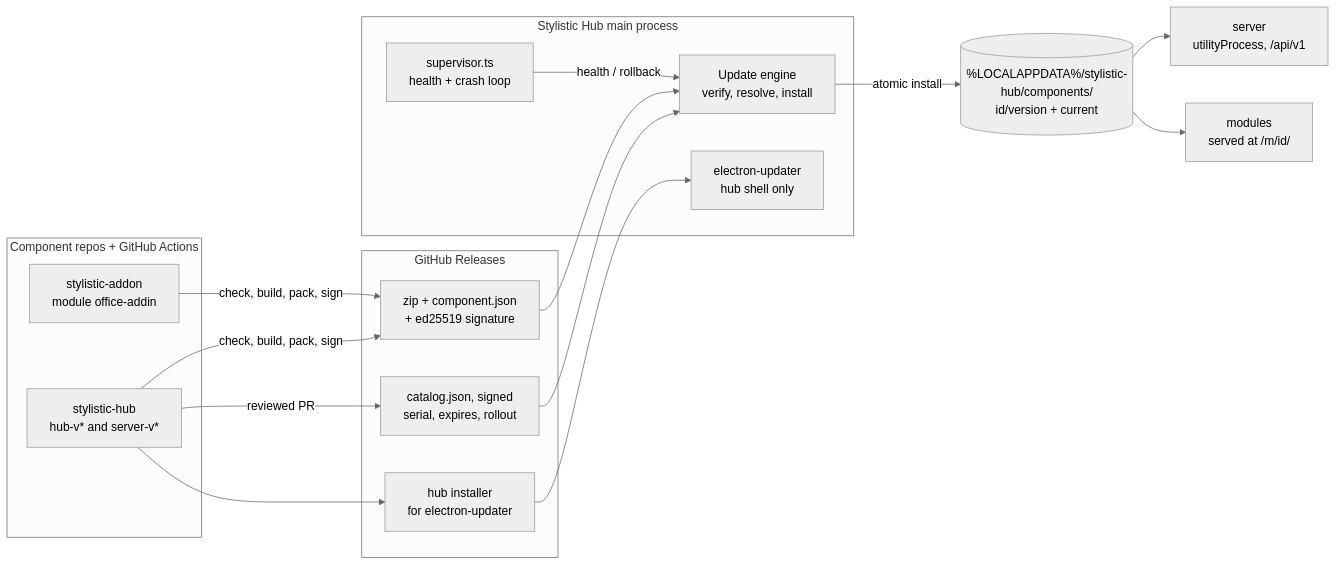
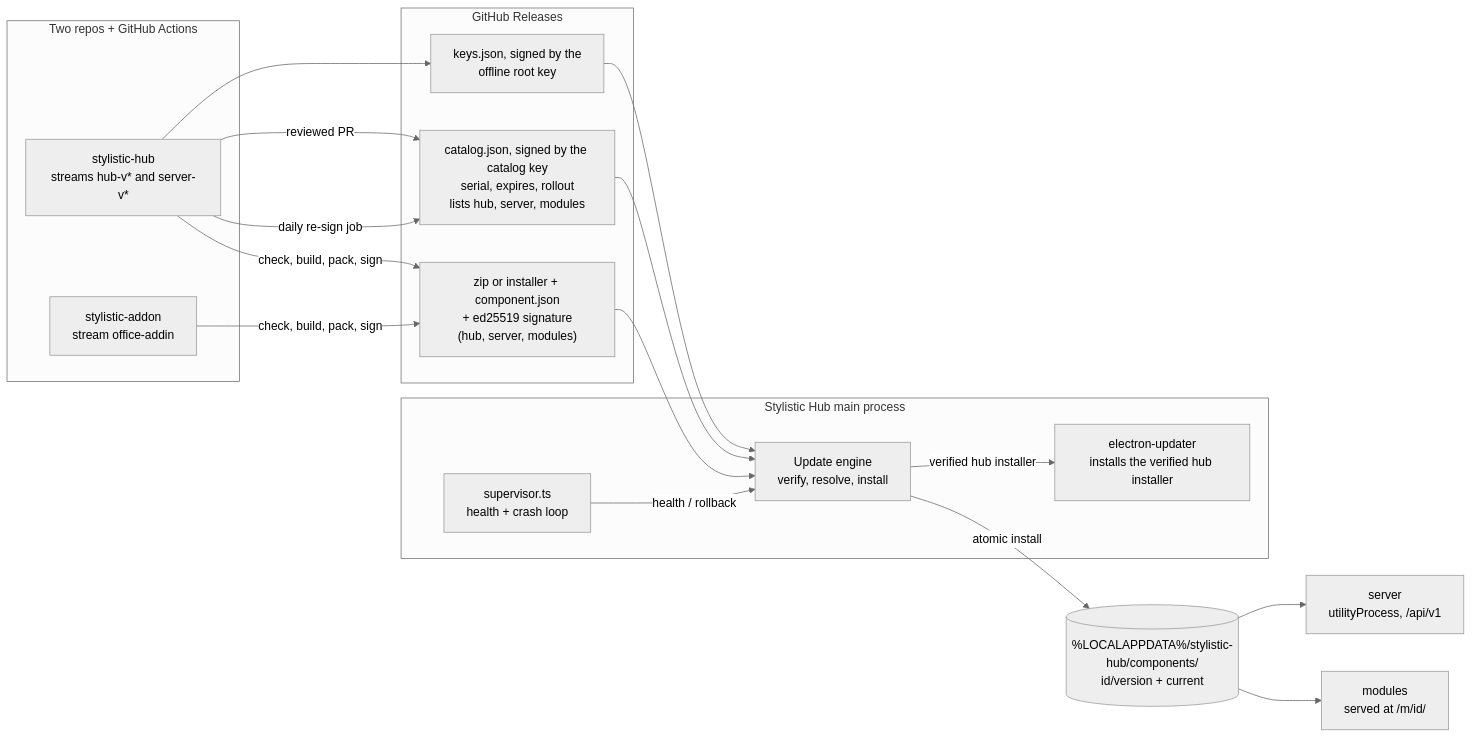
Before and after one commit to Disble/stylistic-hub: the second of 3 diagrams in docs/architecture.md, drawn with Mermaid (neutral theme). The commit also changed other lines of this file and 3 other files, not shown here.

````diff
--- a/docs/architecture.md
+++ b/docs/architecture.md
@@ -70,32 +70,34 @@
 ```mermaid
 flowchart LR
-  subgraph Repos["Component repos + GitHub Actions"]
-    HubRepo["stylistic-hub<br/>hub-v* and server-v*"]
-    AddinRepo["stylistic-addon<br/>module office-addin"]
+  subgraph Repos["Two repos + GitHub Actions"]
+    HubRepo["stylistic-hub<br/>streams hub-v* and server-v*"]
+    AddinRepo["stylistic-addon<br/>stream office-addin"]
   end
   subgraph Releases["GitHub Releases"]
-    Artifacts["zip + component.json<br/>+ ed25519 signature"]
-    Catalog["catalog.json, signed<br/>serial, expires, rollout"]
-    HubSetup["hub installer<br/>for electron-updater"]
+    Artifacts["zip or installer + component.json<br/>+ ed25519 signature<br/>(hub, server, modules)"]
+    Keys["keys.json, signed by the<br/>offline root key"]
+    Catalog["catalog.json, signed by the catalog key<br/>serial, expires, rollout<br/>lists hub, server, modules"]
   end
   subgraph Hub["Stylistic Hub main process"]
     Engine["Update engine<br/>verify, resolve, install"]
-    Updater["electron-updater<br/>hub shell only"]
+    Updater["electron-updater<br/>installs the verified hub installer"]
     Super["supervisor.ts<br/>health + crash loop"]
   end
   Dir[("%LOCALAPPDATA%/stylistic-hub/components/<br/>id/version + current")]
   Server["server<br/>utilityProcess, /api/v1"]
   Modules["modules<br/>served at /m/id/"]
 
   HubRepo -->|"check, build, pack, sign"| Artifacts
   AddinRepo -->|"check, build, pack, sign"| Artifacts
   HubRepo -->|"reviewed PR"| Catalog
-  HubRepo --> HubSetup
+  HubRepo -->|"daily re-sign job"| Catalog
+  HubRepo --> Keys
+  Keys --> Engine
   Catalog --> Engine
   Artifacts --> Engine
-  HubSetup --> Updater
+  Engine -->|"verified hub installer"| Updater
   Engine -->|"atomic install"| Dir
   Dir --> Server
   Dir --> Modules
   Super -->|"health / rollback"| Engine
 ```
````
